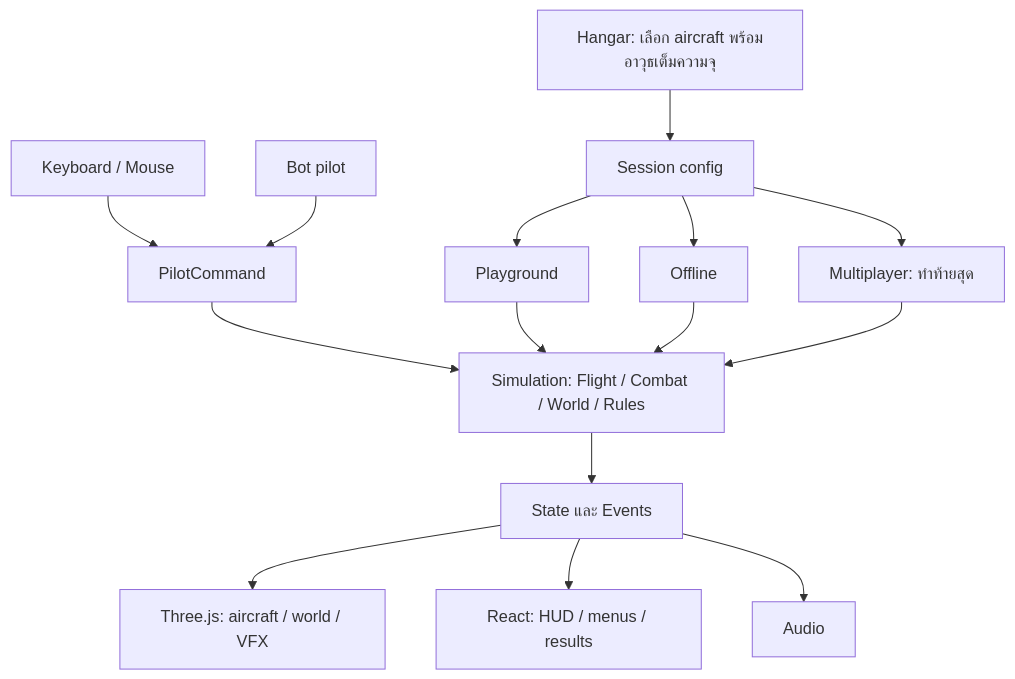
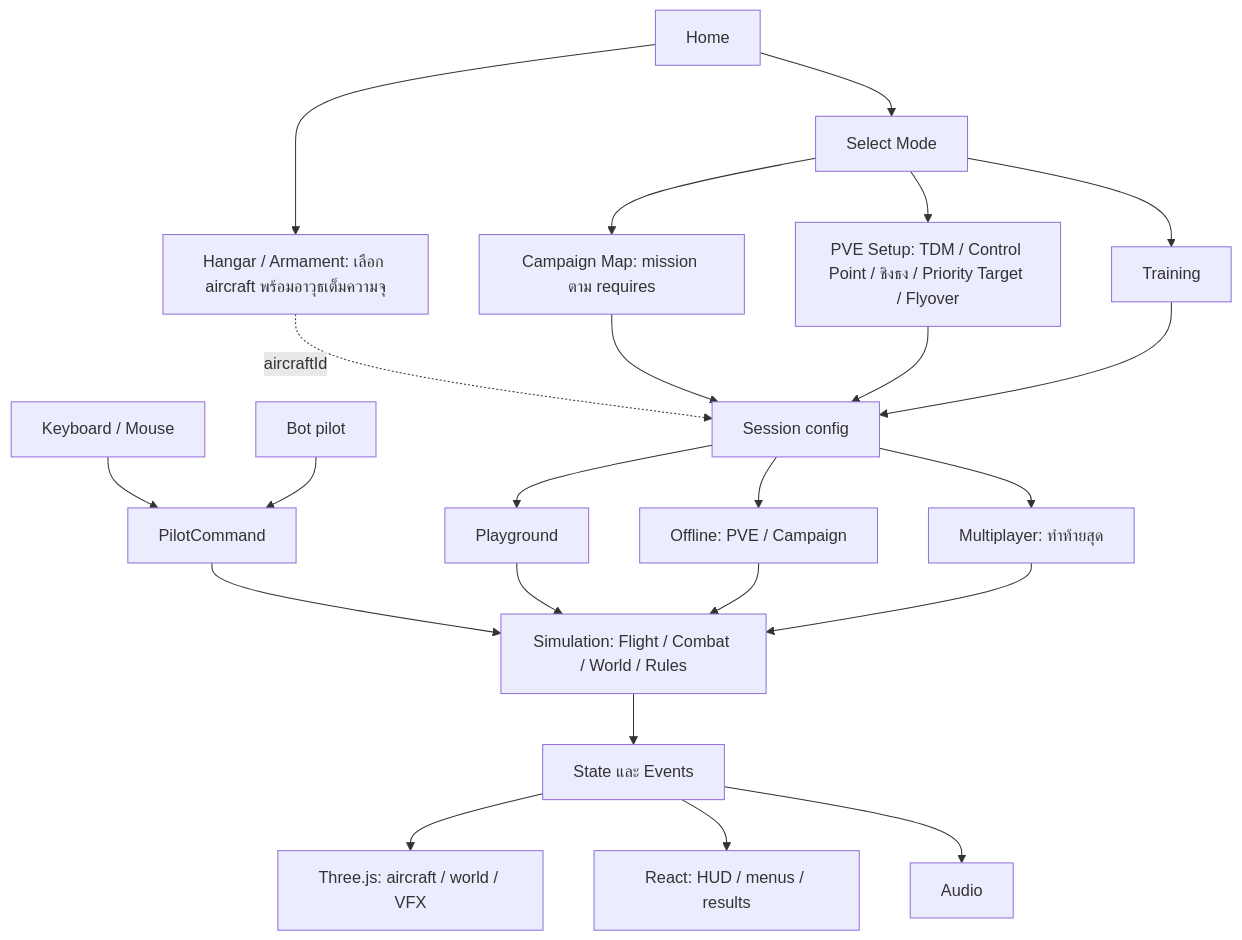
The diagram in MASTER_PLAN.md (Shinoo17/project-maverick), drawn with Mermaid before and after one commit. The commit also changed other lines of this file and 21 other files, not shown here.

````diff
--- a/MASTER_PLAN.md
+++ b/MASTER_PLAN.md
@@ -67,17 +73,25 @@
 ```mermaid
 flowchart TD
-  H[Hangar: เลือก aircraft พร้อมอาวุธเต็มความจุ] --> C[Session config]
+  HOME[Home] --> H[Hangar / Armament: เลือก aircraft พร้อมอาวุธเต็มความจุ]
+  HOME --> MODE[Select Mode]
+  MODE --> CM[Campaign Map: mission ตาม requires]
+  MODE --> PV[PVE Setup: TDM / Control Point / ชิงธง / Priority Target / Flyover]
+  MODE --> TR[Training]
+  H -.->|aircraftId| C[Session config]
+  CM --> C
+  PV --> C
+  TR --> C
   C --> P[Playground]
-  C --> O[Offline]
+  C --> O[Offline: PVE / Campaign]
   C --> M[Multiplayer: ทำท้ายสุด]
   I[Keyboard / Mouse] --> CMD[PilotCommand]
   B[Bot pilot] --> CMD
   CMD --> SIM[Simulation: Flight / Combat / World / Rules]
   P --> SIM
   O --> SIM
   M --> SIM
   SIM --> S[State และ Events]
   S --> V[Three.js: aircraft / world / VFX]
   S --> U[React: HUD / menus / results]
   S --> A[Audio]
 ```
````
